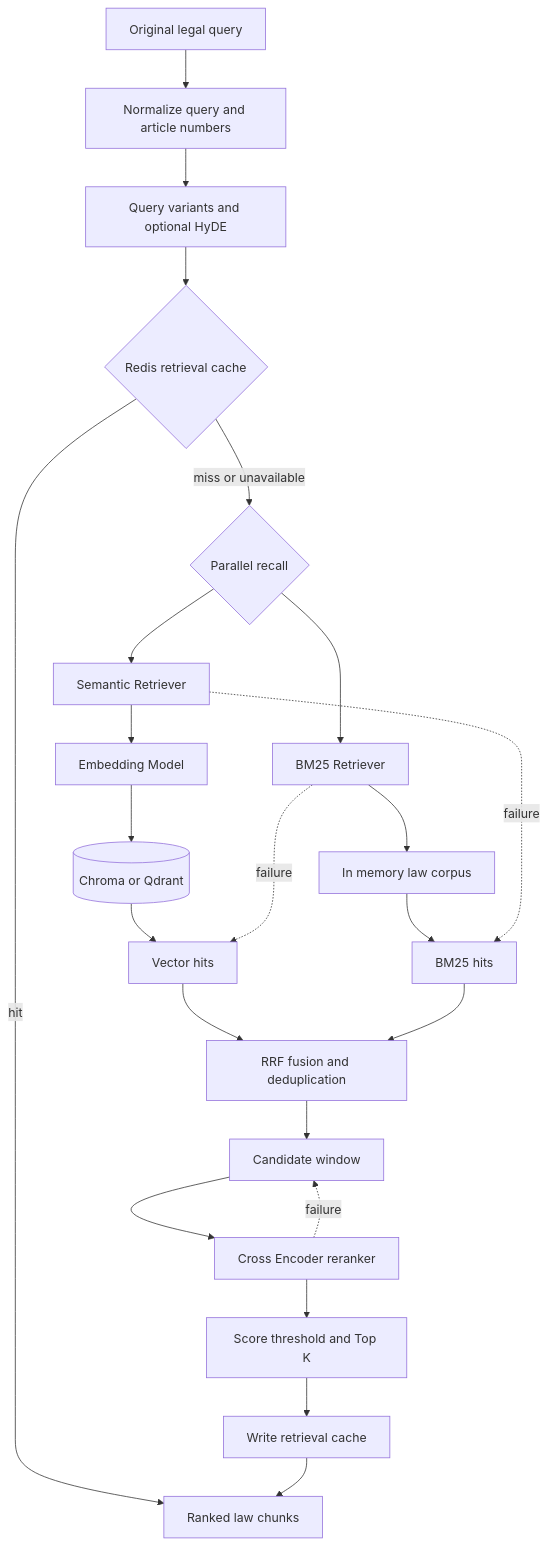
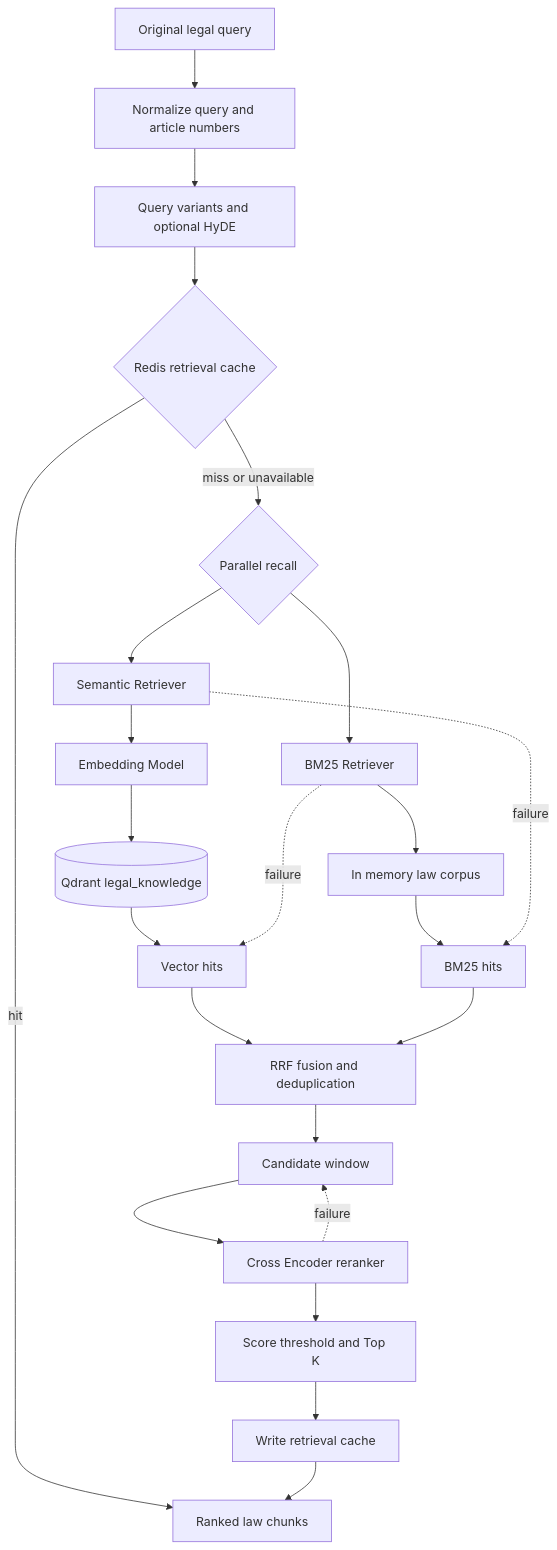
Before and after one commit to uuo00n/lexcore-legal-agent: the first of 2 diagrams in docs/architecture/rag.md, drawn with Mermaid. The commit also changed other lines of this file and 28 other files, not shown here.

````diff
--- a/docs/architecture/rag.md
+++ b/docs/architecture/rag.md
@@ -8,28 +8,28 @@
 ```mermaid
 flowchart TD
     Query[Original legal query] --> Normalize[Normalize query and article numbers]
     Normalize --> Variants[Query variants and optional HyDE]
     Variants --> Cache{Redis retrieval cache}
     Cache -->|hit| Final[Ranked law chunks]
     Cache -->|miss or unavailable| Parallel{Parallel recall}
 
     Parallel --> Semantic[Semantic Retriever]
     Parallel --> Keyword[BM25 Retriever]
     Semantic --> Embed[Embedding Model]
-    Embed --> Store[(Chroma or Qdrant)]
+    Embed --> Store[(Qdrant legal_knowledge)]
     Keyword --> Corpus[In memory law corpus]
 
     Store --> VectorHits[Vector hits]
     Corpus --> BM25Hits[BM25 hits]
     VectorHits --> Fusion[RRF fusion and deduplication]
     BM25Hits --> Fusion
     Fusion --> Candidates[Candidate window]
     Candidates --> Rerank[Cross Encoder reranker]
     Rerank --> Threshold[Score threshold and Top K]
     Threshold --> SaveCache[Write retrieval cache]
     SaveCache --> Final
 
     Semantic -. failure .-> BM25Hits
     Keyword -. failure .-> VectorHits
     Rerank -. failure .-> Candidates
 ```
````
